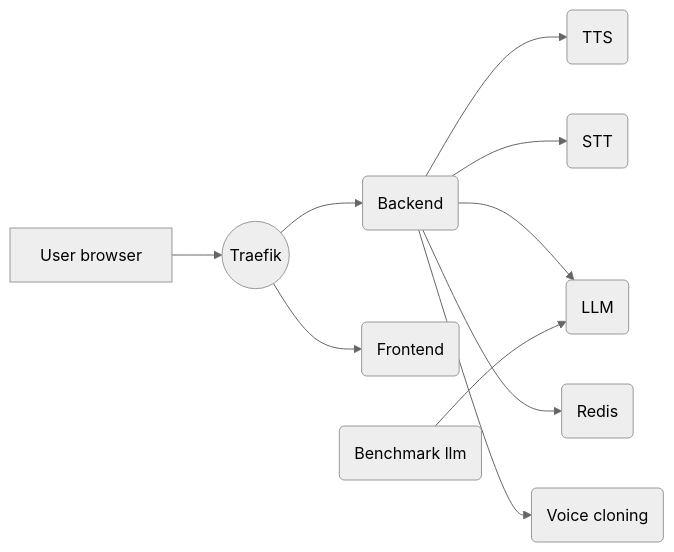
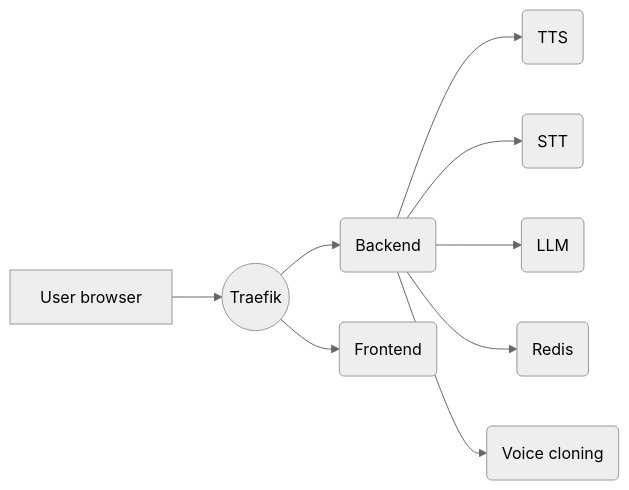
Before and after one commit to phhusson/unmute: the first of 2 diagrams in SWARM.md, drawn with Mermaid (neutral theme). The commit also changed other lines of this file and 3 other files, not shown here.

Commit message:
Get rid of the benchmark-llm container (#54)

````diff
--- a/SWARM.md
+++ b/SWARM.md
@@ -97,12 +88,11 @@
 ```mermaid
 graph LR
     UB[User browser] --> T((Traefik))
     T --> B(Backend)
     T --> F(Frontend)
     B --> TTS(TTS)
     B --> STT(STT)
     B --> LLM(LLM)
     B --> R(Redis)
     B --> V(Voice cloning)
-    Bench(Benchmark llm) --> LLM
 ```
````
